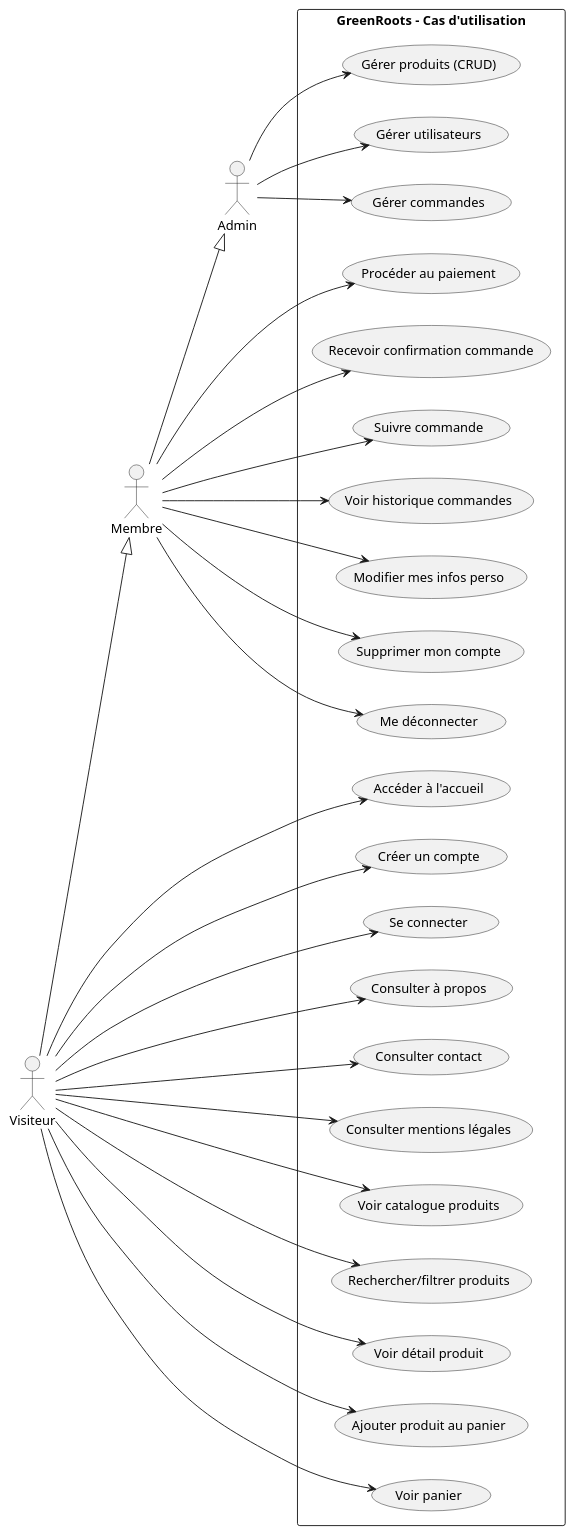
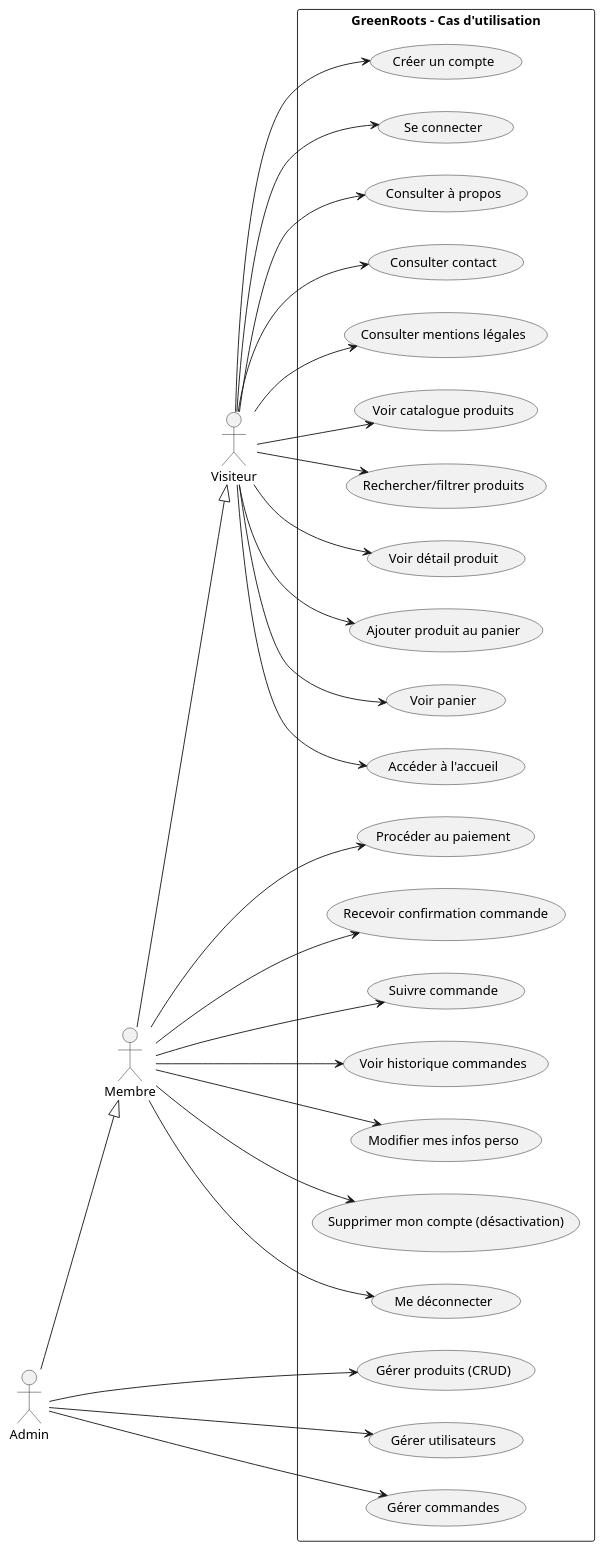
The diagram in UML/[cas d'utilisation]/dcu-global.puml (Salyarket/GreenRoots-Conception), drawn with PlantUML before and after one commit. The commit also changed 32 other files, not shown here.

Commit message:
chores: ui files and merise uml replaced

```diff
--- a/UML/[cas d'utilisation]/dcu-global.puml
+++ b/UML/[cas d'utilisation]/dcu-global.puml
@@ -1,69 +1,69 @@
 @startuml GreenRoots
 
 left to right direction
 
 actor Visiteur
 actor Membre
 actor Admin
 
-Visiteur --|> Membre
-Membre --|> Admin
+Admin --|> Membre
+Membre --|> Visiteur
 
 rectangle "GreenRoots - Cas d'utilisation" {
 
   ' --- Admin ---
   usecase "Gérer produits (CRUD)" as UC22
   usecase "Gérer utilisateurs" as UC23
   usecase "Gérer commandes" as UC24
 
   ' --- Membre ---
   usecase "Procéder au paiement" as UC12
   usecase "Recevoir confirmation commande" as UC13
   usecase "Suivre commande" as UC14
   usecase "Voir historique commandes" as UC15
   usecase "Modifier mes infos perso" as UC17
-  usecase "Supprimer mon compte" as UC18
+  usecase "Supprimer mon compte (désactivation)" as UC18
   usecase "Me déconnecter" as UC19
 
   ' --- Visiteur ---
   usecase "Accéder à l'accueil" as UC1
   usecase "Créer un compte" as UC2
   usecase "Se connecter" as UC3
   usecase "Consulter à propos" as UC4
   usecase "Consulter contact" as UC5
   usecase "Consulter mentions légales" as UC6
   usecase "Voir catalogue produits" as UC7
   usecase "Rechercher/filtrer produits" as UC8
   usecase "Voir détail produit" as UC9
   usecase "Ajouter produit au panier" as UC10
   usecase "Voir panier" as UC11
 }
 
 ' Liens Admin
 Admin --> UC22
 Admin --> UC23
 Admin --> UC24
 
 ' Liens Membre
 Membre --> UC12
 Membre --> UC13
 Membre --> UC14
 Membre --> UC15
 Membre --> UC17
 Membre --> UC18
 Membre --> UC19
 
 ' Liens Visiteur
 Visiteur --> UC1
 Visiteur --> UC2
 Visiteur --> UC3
 Visiteur --> UC4
 Visiteur --> UC5
 Visiteur --> UC6
 Visiteur --> UC7
 Visiteur --> UC8
 Visiteur --> UC9
 Visiteur --> UC10
 Visiteur --> UC11
 
 @enduml
```
